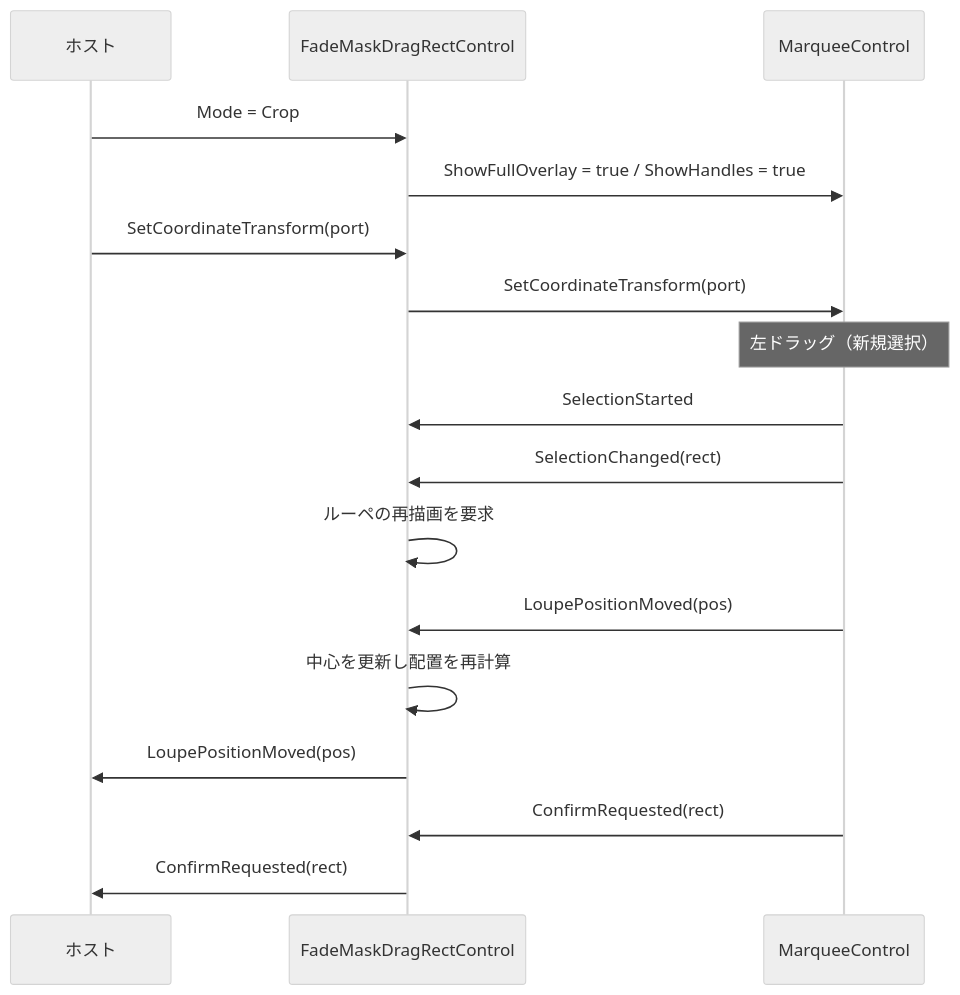
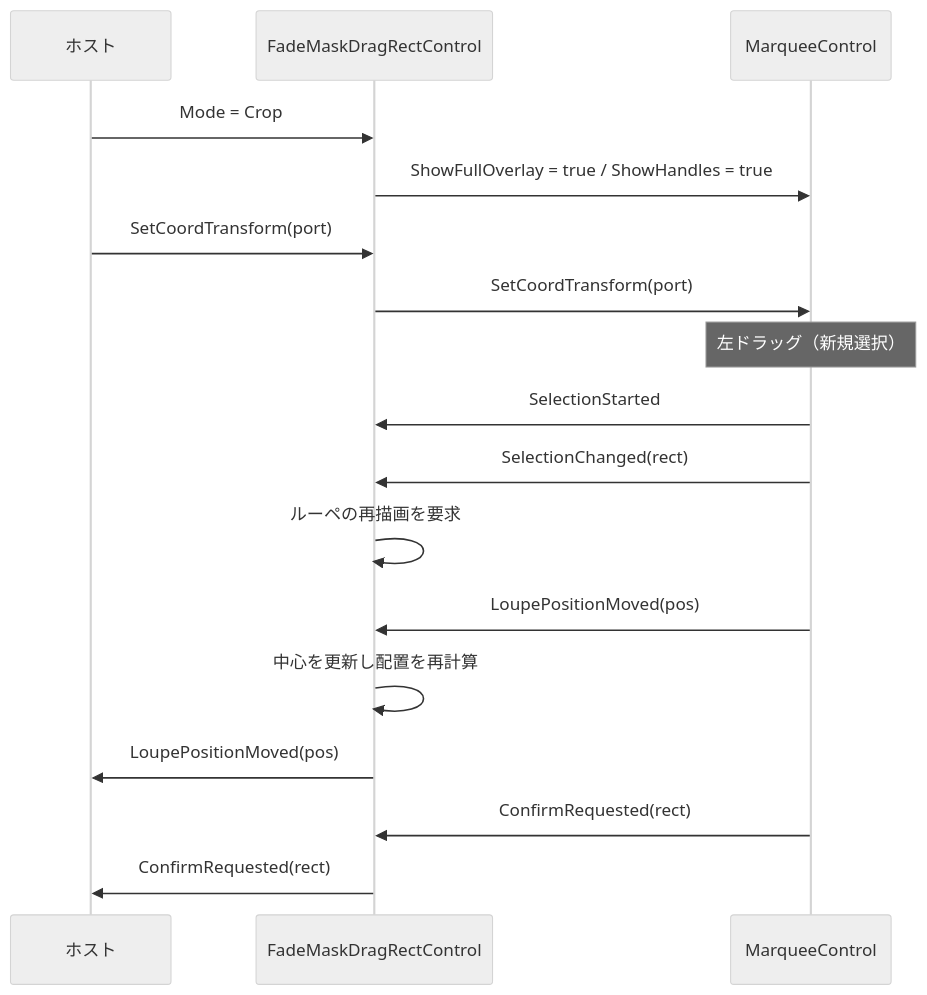
Before and after one commit to tomokuni/SaveEvidence: the second of 4 diagrams in src/FadeMaskDragRectControl.MewUI/SPEC_System.md, drawn with Mermaid (neutral theme). The commit also changed other lines of this file and 110 other files, not shown here.

````diff
--- a/src/FadeMaskDragRectControl.MewUI/SPEC_System.md
+++ b/src/FadeMaskDragRectControl.MewUI/SPEC_System.md
@@ -173,20 +173,20 @@
 ```mermaid
 sequenceDiagram
     participant Host as ホスト
     participant Facade as FadeMaskDragRectControl
     participant Drag as MarqueeControl
 
     Host->>Facade: Mode = Crop
     Facade->>Drag: ShowFullOverlay = true / ShowHandles = true
-    Host->>Facade: SetCoordinateTransform(port)
-    Facade->>Drag: SetCoordinateTransform(port)
+    Host->>Facade: SetCoordTransform(port)
+    Facade->>Drag: SetCoordTransform(port)
     Note over Drag: 左ドラッグ（新規選択）
     Drag->>Facade: SelectionStarted
     Drag->>Facade: SelectionChanged(rect)
     Facade->>Facade: ルーペの再描画を要求
     Drag->>Facade: LoupePositionMoved(pos)
     Facade->>Facade: 中心を更新し配置を再計算
     Facade->>Host: LoupePositionMoved(pos)
     Drag->>Facade: ConfirmRequested(rect)
     Facade->>Host: ConfirmRequested(rect)
 ```
````
